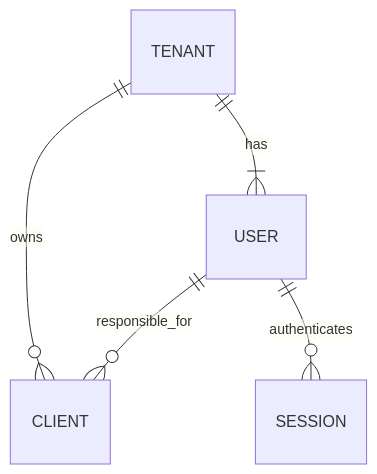
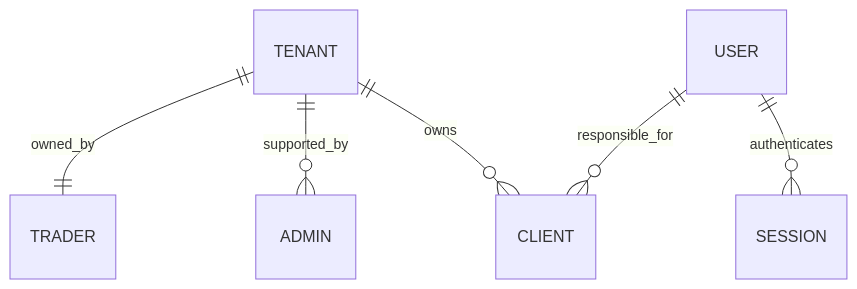
The diagram in docs/design.md (AhmedShalaby9/Musky_Flutter), drawn with Mermaid before and after one commit. The commit also changed other lines of this file and 16 other files, not shown here.

````diff
--- a/docs/design.md
+++ b/docs/design.md
@@ -9,7 +9,8 @@
 ```mermaid
 erDiagram
-    TENANT ||--|{ USER : has
+    TENANT ||--|| TRADER : owned_by
+    TENANT ||--o{ ADMIN : supported_by
     TENANT ||--o{ CLIENT : owns
     USER ||--o{ CLIENT : responsible_for
     USER ||--o{ SESSION : authenticates
 ```
````
